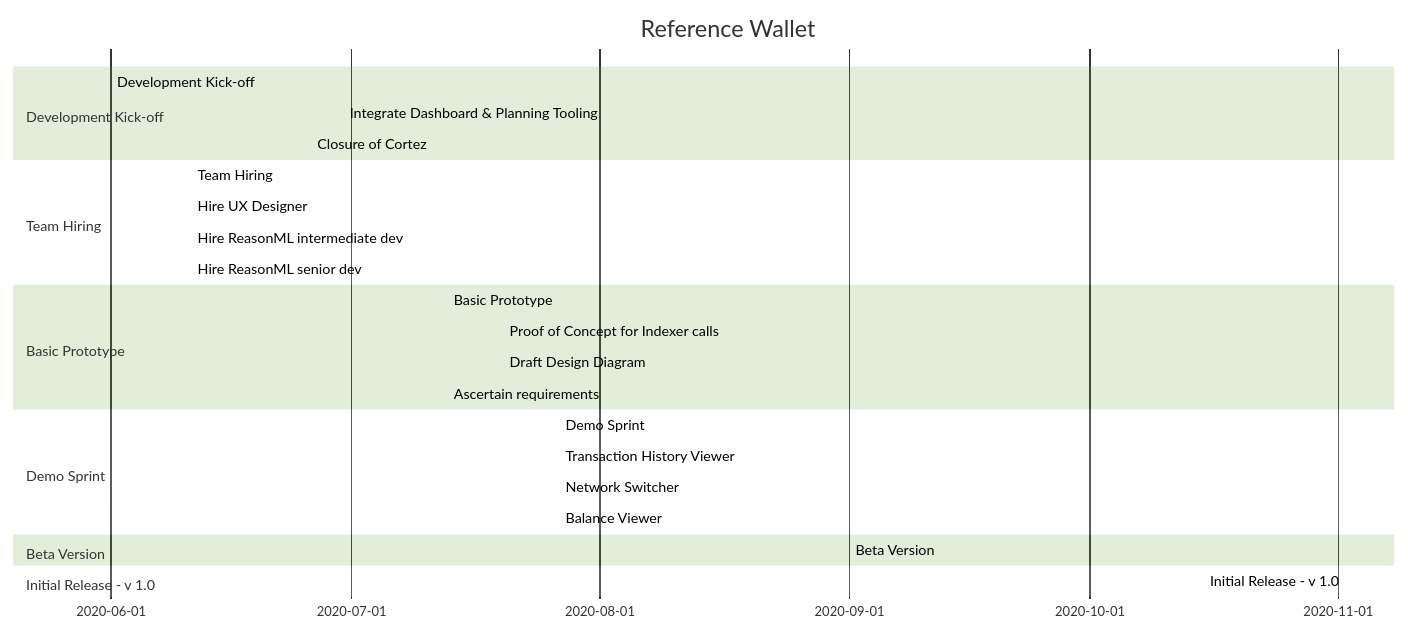
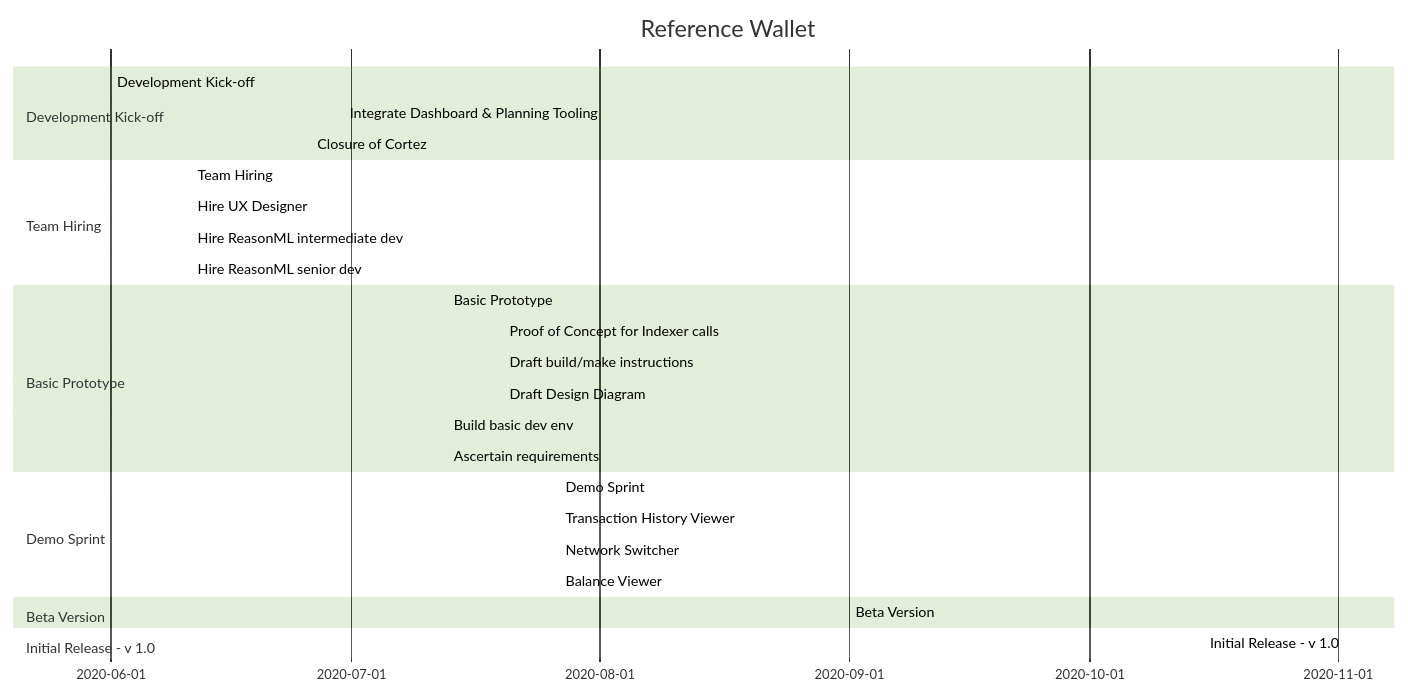
The diagram in reports/gantt.md (trilitech/umami-v1), drawn with Mermaid (forest theme) before and after one commit.

````diff
--- a/reports/gantt.md
+++ b/reports/gantt.md
@@ -1,27 +1,29 @@
 ```mermaid
 gantt
     title Reference Wallet
     section Development Kick-off
     Development Kick-off                    :done, 2020-06-01, 2020-07-13
     Integrate Dashboard & Planning Tooling  :done, 2020-06-30, 2020-07-13
     Closure of Cortez                       :done, 2020-06-26, 2020-07-13
     section Team Hiring
     Team Hiring                             :active, 2020-06-11, 2020-09-30
     Hire UX Designer                        :active, 2020-06-11, 2020-09-30
     Hire ReasonML intermediate dev          :active, 2020-06-11, 2020-09-30
     Hire ReasonML senior dev                :done, 2020-06-11, 2020-07-20
     section Basic Prototype
     Basic Prototype                         :active, 2020-07-13, 2020-08-31
     Proof of Concept for Indexer calls      :done, 2020-07-20, 2020-07-24
+    Draft build/make instructions           :done, 2020-07-20, 2020-08-31
     Draft Design Diagram                    :done, 2020-07-20, 2020-07-27
+    Build basic dev env                     :done, 2020-07-13, 2020-07-22
     Ascertain requirements                  :done, 2020-07-13, 2020-07-24
     section Demo Sprint
     Demo Sprint                             :active, 2020-07-27, 2020-07-31
     Transaction History Viewer              :active, 2020-07-27, 2020-07-31
     Network Switcher                        :active, 2020-07-27, 2020-07-31
     Balance Viewer                          :active, 2020-07-27, 2020-07-31
     section Beta Version
     Beta Version                            :active, 2020-09-01, 2020-10-30
     section Initial Release - v 1.0
     Initial Release - v 1.0                 :active, 2020-11-02, 2021-01-31
 ```
````
